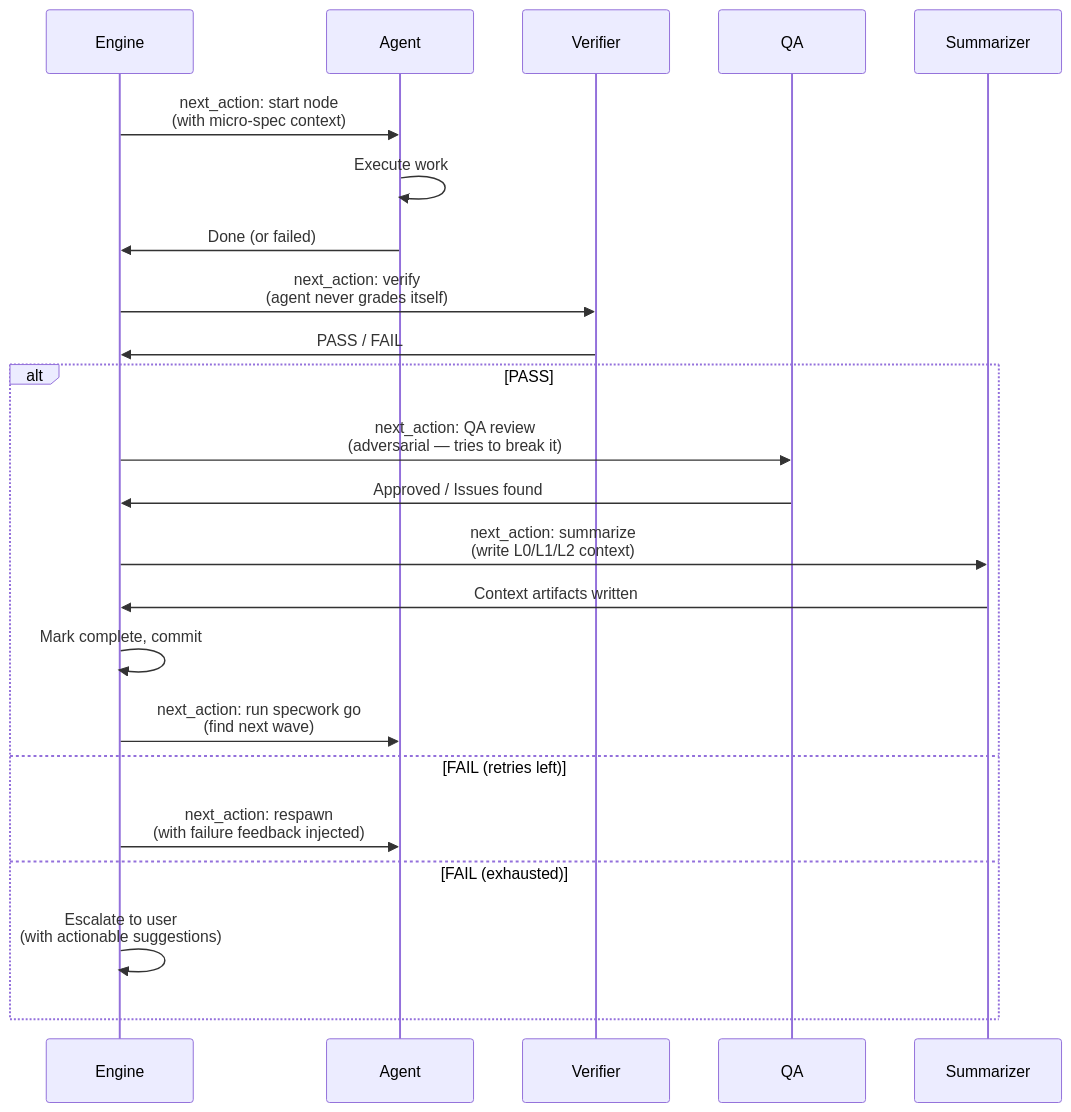
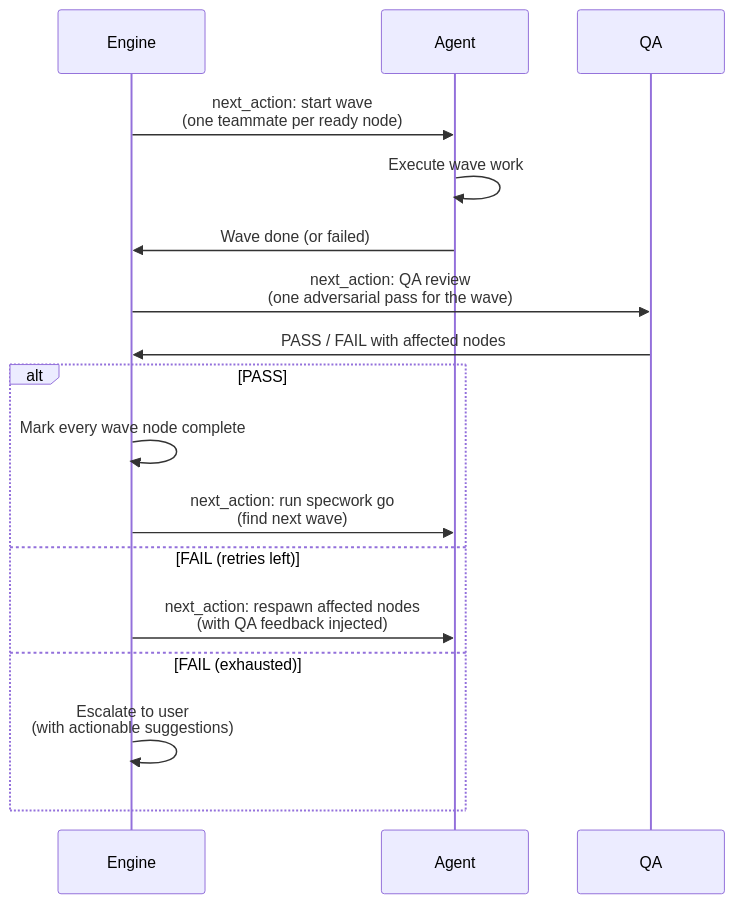
One commit to pupubird/specwork changed the third of 4 diagrams in README.md. Above: the diagram before and after it, drawn with Mermaid. The commit also changed other lines of this file and 72 other files, not shown here.

````diff
--- a/README.md
+++ b/README.md
@@ -147,27 +146,21 @@
 ```mermaid
 sequenceDiagram
     participant E as Engine
     participant A as Agent
-    participant V as Verifier
     participant Q as QA
-    participant S as Summarizer
 
-    E->>A: next_action: start node<br/>(with micro-spec context)
-    A->>A: Execute work
-    A->>E: Done (or failed)
-    E->>V: next_action: verify<br/>(agent never grades itself)
-    V->>E: PASS / FAIL
+    E->>A: next_action: start wave<br/>(one teammate per ready node)
+    A->>A: Execute wave work
+    A->>E: Wave done (or failed)
+    E->>Q: next_action: QA review<br/>(one adversarial pass for the wave)
+    Q->>E: PASS / FAIL with affected nodes
 
     alt PASS
-        E->>Q: next_action: QA review<br/>(adversarial — tries to break it)
-        Q->>E: Approved / Issues found
-        E->>S: next_action: summarize<br/>(write L0/L1/L2 context)
-        S->>E: Context artifacts written
-        E->>E: Mark complete, commit
+        E->>E: Mark every wave node complete
         E->>A: next_action: run specwork go<br/>(find next wave)
     else FAIL (retries left)
-        E->>A: next_action: respawn<br/>(with failure feedback injected)
+        E->>A: next_action: respawn affected nodes<br/>(with QA feedback injected)
     else FAIL (exhausted)
         E->>E: Escalate to user<br/>(with actionable suggestions)
     end
 ```
````
